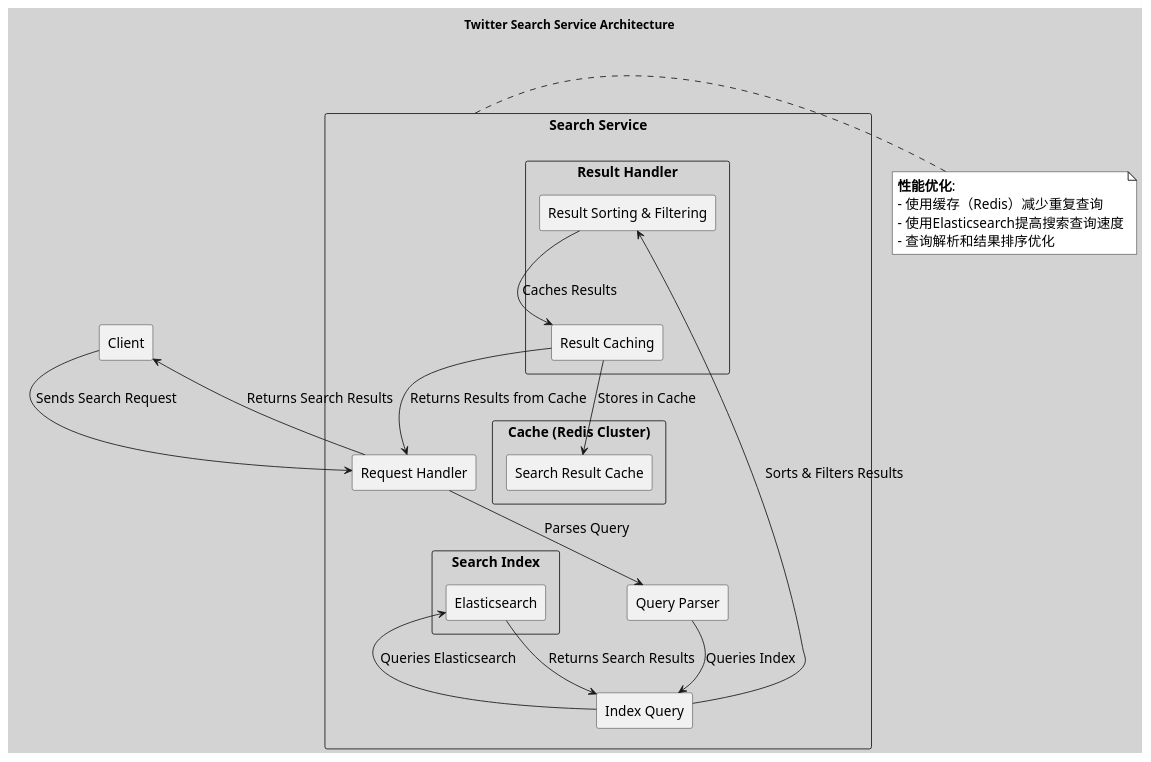
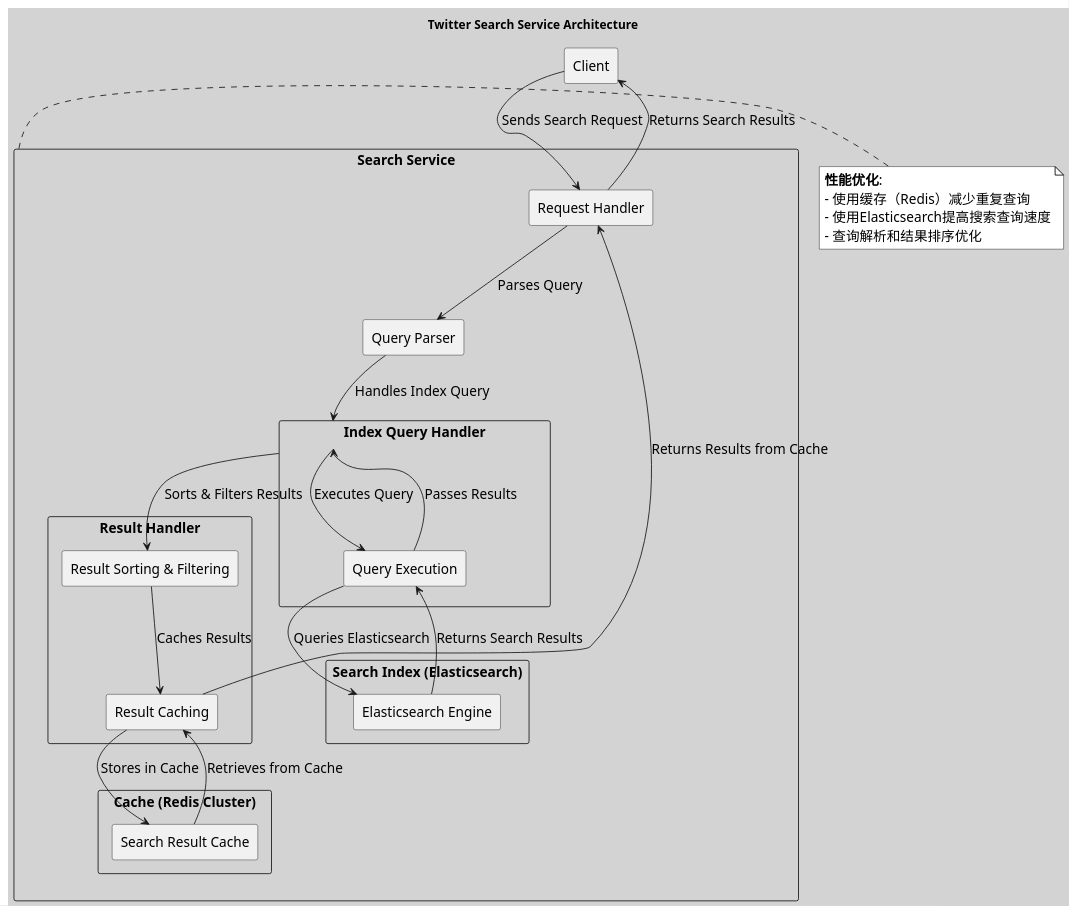
One commit to huangyingw/system_design changed the diagram in twitter/twitter_search_service_architecture.puml. Above: the diagram before and after it, drawn with PlantUML.

```diff
--- a/twitter/twitter_search_service_architecture.puml
+++ b/twitter/twitter_search_service_architecture.puml
@@ -1,51 +1,56 @@
 @startuml
 
 skinparam backgroundColor #D3D3D3
 skinparam defaultFontName "Arial"
 skinparam defaultFontSize 16
 skinparam note {
-    BackgroundColor #FFFFFF
-        BorderColor #000000
-        FontSize 16
-        FontName "Arial"
+  BackgroundColor #FFFFFF
+  BorderColor #000000
+  FontSize 16
+  FontName "Arial"
 }
 
 title Twitter Search Service Architecture
 
 rectangle "Client" as Client
 
 rectangle "Search Service" as Search {
     rectangle "Request Handler" as RH
-        rectangle "Query Parser" as QP
-        rectangle "Index Query" as IQ
-        rectangle "Result Handler" as RHdl {
-            rectangle "Result Sorting & Filtering" as RSF
-                rectangle "Result Caching" as RC
-        }
+    rectangle "Query Parser" as QP
+    rectangle "Index Query Handler" as IQH {
+        rectangle "Query Execution" as QE
+    }
+    rectangle "Result Handler" as RHdl {
+        rectangle "Result Sorting & Filtering" as RSF
+        rectangle "Result Caching" as RC
+    }
     rectangle "Cache (Redis Cluster)" as Cache {
         rectangle "Search Result Cache" as SRC
     }
-    rectangle "Search Index" as Index {
-        rectangle "Elasticsearch" as ES
+    rectangle "Search Index (Elasticsearch)" as Index {
+        rectangle "Elasticsearch Engine" as ES
     }
 }
 
 Client -down-> RH : Sends Search Request
 RH -down-> QP : Parses Query
-QP -down-> IQ : Queries Index
-IQ -down-> ES : Queries Elasticsearch
-ES -down-> IQ : Returns Search Results
-IQ -down-> RSF : Sorts & Filters Results
+QP -down-> IQH : Handles Index Query
+IQH -down-> QE : Executes Query
+QE -down-> ES : Queries Elasticsearch
+ES -up-> QE : Returns Search Results
+QE -up-> IQH : Passes Results
+IQH -down-> RSF : Sorts & Filters Results
 RSF -down-> RC : Caches Results
 RC -down-> SRC : Stores in Cache
-RC -down-> RH : Returns Results from Cache
+SRC -up-> RC : Retrieves from Cache
+RC -up-> RH : Returns Results from Cache
 RH -up-> Client : Returns Search Results
 
 note right of Search
-**性能优化**:
-- 使用缓存（Redis）减少重复查询
-- 使用Elasticsearch提高搜索查询速度
-- 查询解析和结果排序优化
+  **性能优化**:
+  - 使用缓存（Redis）减少重复查询
+  - 使用Elasticsearch提高搜索查询速度
+  - 查询解析和结果排序优化
 end note
 
 @enduml
```
